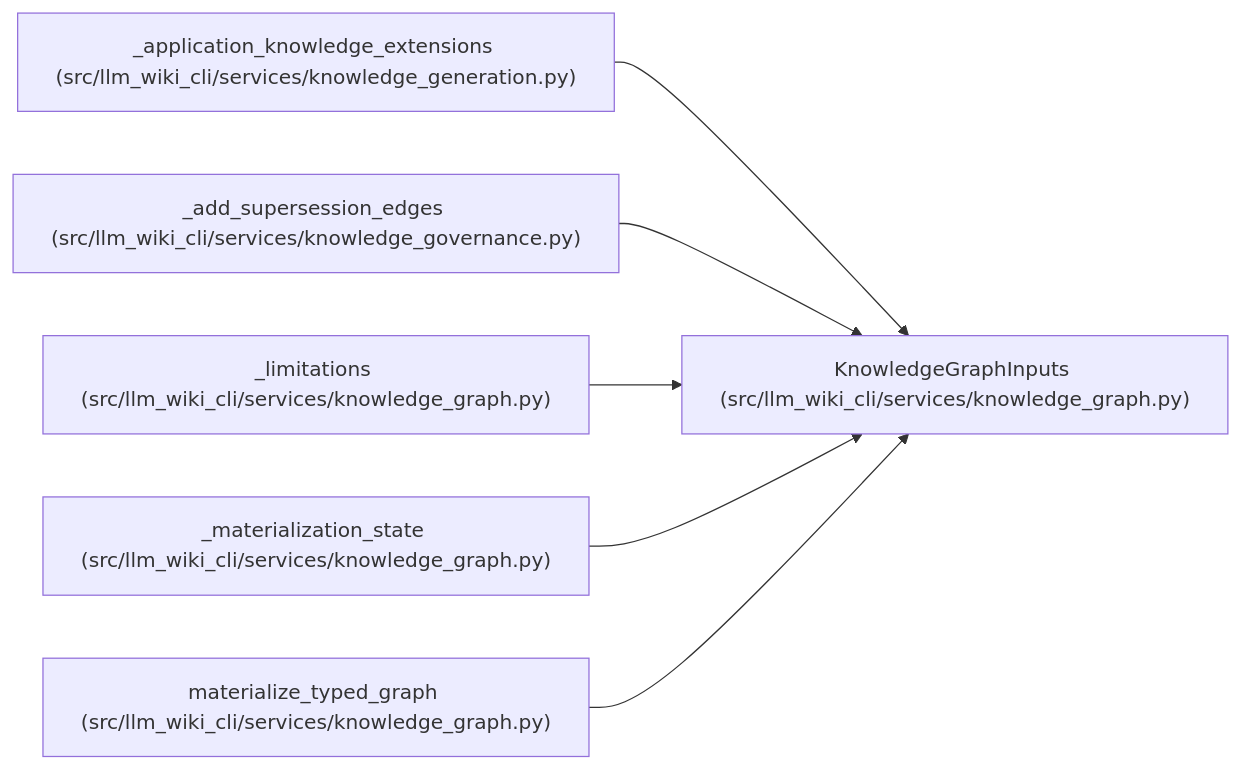
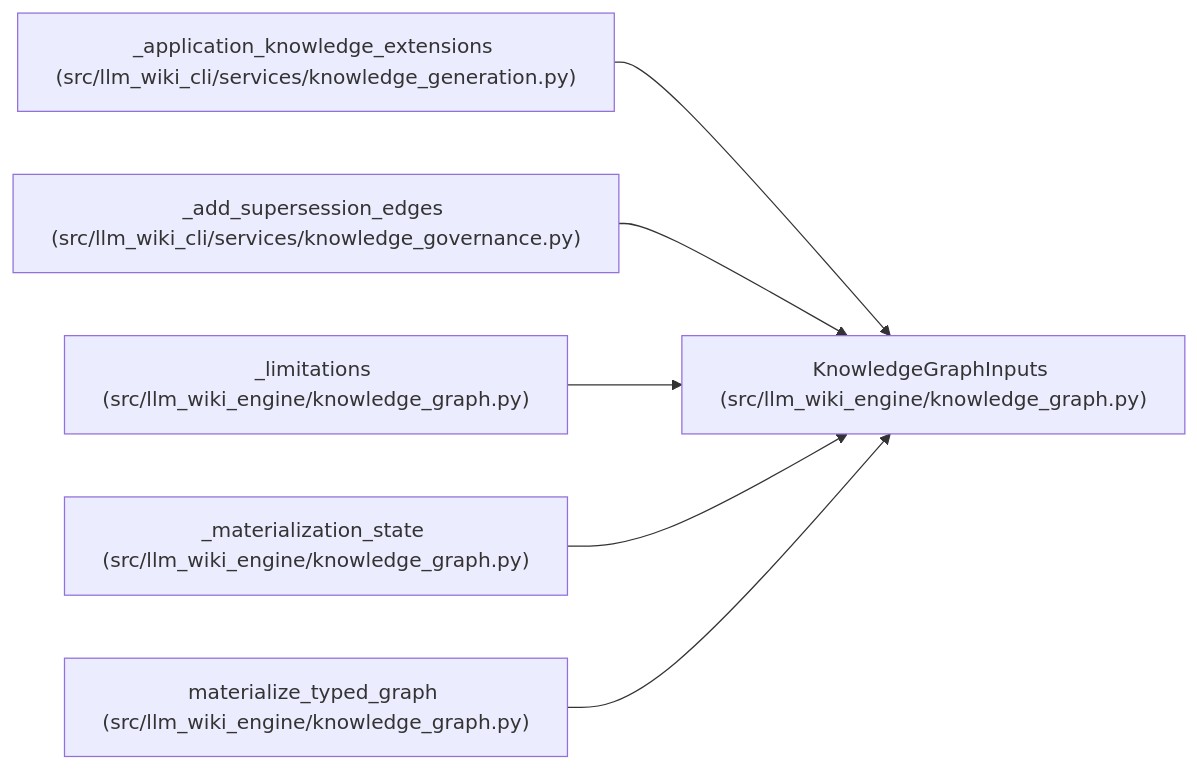
One commit to Denissvgn/python-wiki-llm changed the diagram in docs/llm_wiki/entities/KnowledgeGraphInputs.md. Above: the diagram before and after it, drawn with Mermaid. The commit also changed other lines of this file and 1103 other files, not shown here.

First line of the commit message:
docs: refresh the wiki for the llm-wiki-engine distribution

````diff
--- a/docs/llm_wiki/entities/KnowledgeGraphInputs.md
+++ b/docs/llm_wiki/entities/KnowledgeGraphInputs.md
@@ -36,20 +36,20 @@
 ```mermaid
 flowchart LR
-    n0["KnowledgeGraphInputs (src/llm_wiki_cli/services/knowledge_graph.py)"]
+    n0["KnowledgeGraphInputs (src/llm_wiki_engine/knowledge_graph.py)"]
     n1["_application_knowledge_extensions (src/llm_wiki_cli/services/knowledge_generation.py)"]
     n2["_add_supersession_edges (src/llm_wiki_cli/services/knowledge_governance.py)"]
-    n3["_limitations (src/llm_wiki_cli/services/knowledge_graph.py)"]
-    n4["_materialization_state (src/llm_wiki_cli/services/knowledge_graph.py)"]
-    n5["materialize_typed_graph (src/llm_wiki_cli/services/knowledge_graph.py)"]
+    n3["_limitations (src/llm_wiki_engine/knowledge_graph.py)"]
+    n4["_materialization_state (src/llm_wiki_engine/knowledge_graph.py)"]
+    n5["materialize_typed_graph (src/llm_wiki_engine/knowledge_graph.py)"]
     n1 --> n0
     n2 --> n0
     n3 --> n0
     n4 --> n0
     n5 --> n0
     click n0 "../modules/knowledge_graph.md"
     click n1 "../modules/knowledge_generation.md"
     click n2 "../modules/knowledge_governance.md"
     click n3 "../modules/knowledge_graph.md"
     click n4 "../modules/knowledge_graph.md"
     click n5 "../modules/knowledge_graph.md"
 ```
````
